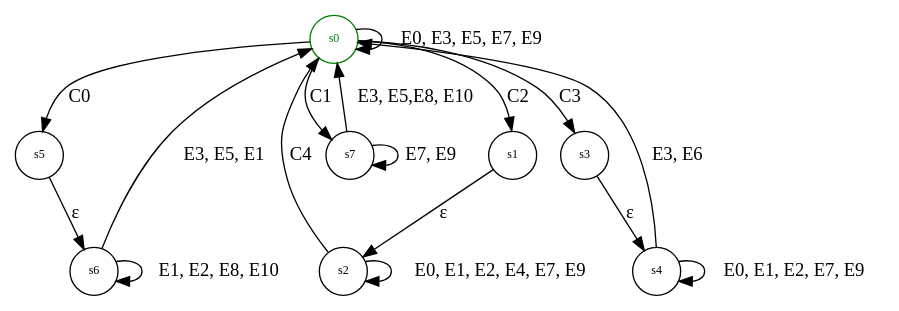
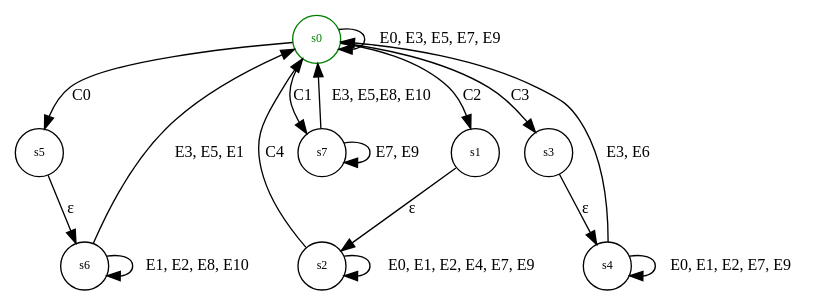
The diagram in source/state_machine_row_selection.gv (eidolonsystems/clipped_table), drawn with Graphviz before and after one commit.

Commit message:
Fixed spacing.

```diff
--- a/source/state_machine_row_selection.gv
+++ b/source/state_machine_row_selection.gv
@@ -1,152 +1,149 @@
 
 digraph ColumnResizing{
   node [shape = circle, fontsize = 9];
-  edge [ fontsize = 14];
+  edge [ fontsize = 12];
 
   s0 [label="s0" color = green, fontcolor = green,];
   s5 [label="s5"];
   s6 [label="s6"];
   s1 [label="s1"];
   s2 [label="s2"];
   s3 [label="s3"];
   s4 [label="s4"];
 
 
   s0 -> s0 [label = "E0, E3, E5, E7, E9"];
   s0 -> s5 [label = "C0"];
   s0 -> s1 [label = "C2"];
   s0 -> s3 [label = "C3"];
   s5 -> s6 [label = "&#949;"];
   s6 -> s6 [label = "E1, E2, E8, E10"];
   s6 -> s0 [label = "E3, E5, E1" ];
   s1 -> s2 [label = "&#949;"];
   s2 -> s2 [label = "E0, E1, E2, E4, E7, E9"];
   s2 -> s0 [label = "C4"];
   s3 -> s4 [label = "&#949;"];
   s4 -> s0 [label = "E3, E6"];
   s4 -> s4 [label = "E0, E1, E2, E7, E9"];
   s0 -> s7 [label = "C1"];
   s7 -> s7 [label = "E7, E9"];
   s7 -> s0 [label = "E3, E5,E8, E10"];
   
   { rank=same; s5, s7 }
 }
 
 /**
 Fields:
 selectedRows (ArrayTableModel) 
   - The model that keeps track of which rows are selected
 highlightedRow (number) - The row currently highlighted
 previousRow (number) - The last row that was current
 currentRow (number) - The row the mouse is currently inside or 
   that the keyboard is focued on
-isShiftDown (boolean) - Keeps track of if SHIFT is down
+isShiftDown (boolean) - Keeps trackXX of if SHIFT is down
 isCtrlDown (boolean) - Keeps track of if CTRL is down
 isMouseDown (boolean) - Keeps track of the left mouse button
 isUpDown (boolean) - Keeps track of if the up key is down
 isDownDown (boolean) - Keeps track of if the down key is down
 isAdding (boolean) - Keeps track of if rows should be added
 
 Init:
 selectedRows = []
 hilightedRow = 0
 previousRow = 0
 currentRow = 0
 isShiftDown = false
 isCtrlDown = false
 isMouseDown = false
 isUpDown = false
 isDownDown = false
 isAdding = true
 
 States:
 s0: Starting state.
 s1:
   selectedRows = clear all true values
   previousRow = highlightedRow
 s2: 
   if(currentRow >= previousRow && currentRow >= highlightedRow
       || currentRow <= previousRow && currentRow <= highlightedRow) {
     add rows from previousRow to currentRow
   } else {
     remove rows from previousRow to currentRow
   }
 s3:
   highlightedRow = currentRow
   previousRow = highlightedRow
   if(current in selected[]) {
     isAdding = false;
   } else {
     isAdding = true;
   }
 s4:
   if(isAdding) {
     if(currentRow >= previousRow && currentRow >= highlightedRow
         || currentRow <= previousRow && currentRow <= highlightedRow) {
       add rows from previousRow to currentRow
     } else {
       remove rows from previousRow to currentRow
     }
   } else {
     if(currentRow >= previousRow && currentRow >= highlightedRow
         || currentRow <= previousRow && currentRow <= highlightedRow) {
       add rows from previousRow to currentRow
     } else {
       remove rows from previousRow to currentRow
     }
   }
 s5:
   selectedRows = clear all true values
   highlightedRow = currentRow
   previousRow = highlightedRow
 s6:
   if(currentRow >= previousRow && currentRow >= highlightedRow
       || currentRow <= previousRow && currentRow <= highlightedRow) {
     add rows from previousRow to currentRow
   } else {
     remove rows from previousRow to currentRow
   }
 s7:
   selectedRows = clear all true values
   highlightedRow = currentRow
   add hilightedRow to selectedRows
 
-
 C0: !isShiftDown && !isCtrlDown && isMouseDown
 C1: !isShiftDown && !isCtrlDown && (isUpDown || isDownDown)
 C2: isShiftDown && (isMouseDown || isUpDown || isDownDown)
 C3: isCtrlDown && (isMouseDown || isUpDown || isDownDown)
 C4: !isMouseDown && !isShiftDown
-C5: 
-
 
 E0: Mouse Down
   isMouseDown = true
   currentRow = row
 E1: Mouse Up
   isMouseDown = false
 E2: Mouse Enters a row
   if(isMouseDown): 
     currentRow = row
 E3: Shift Down
   isShiftDown = true
 E4: Shift Up
   isShiftDown = false
 E5: Ctrl Down
   isCtrlDown = true
 E6: Ctrl Up
   isCtrlDown = false
 E7: Up Button Down
   isUpDown = true
   previousRow = currentRow
   if (currentRow != 0):
   currentRow = currentRow - 1
 E8: Up Button Up
   isUpDown = false
 E9: Down Button Down
   isDownDown = true
   previousRow = currentRow
   currentRow = currentRow + 1
 E10: Down Button Up
    isDownDown = false
 */
```
